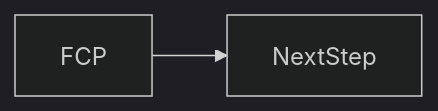
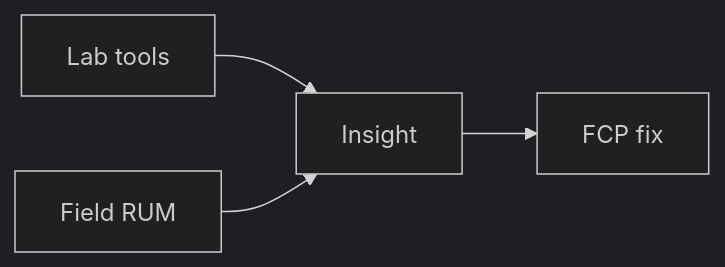
One commit to OmidJavaherii/Frontend-Engineering-Handbook changed the second of 2 diagrams in docs/en/13-performance/fcp/index.md. Above: the diagram before and after it, drawn with Mermaid (dark theme). The commit also changed other lines of this file and 461 other files, not shown here.

````diff
--- a/docs/en/13-performance/fcp/index.md
+++ b/docs/en/13-performance/fcp/index.md
@@ -94,4 +108,6 @@
 ```mermaid
 flowchart LR
-  concept[FCP] --> nextStep[NextStep]
+  Lab[Lab tools] --> Insight
+  RUM[Field RUM] --> Insight
+  Insight --> Fix[FCP fix]
 ```
````
